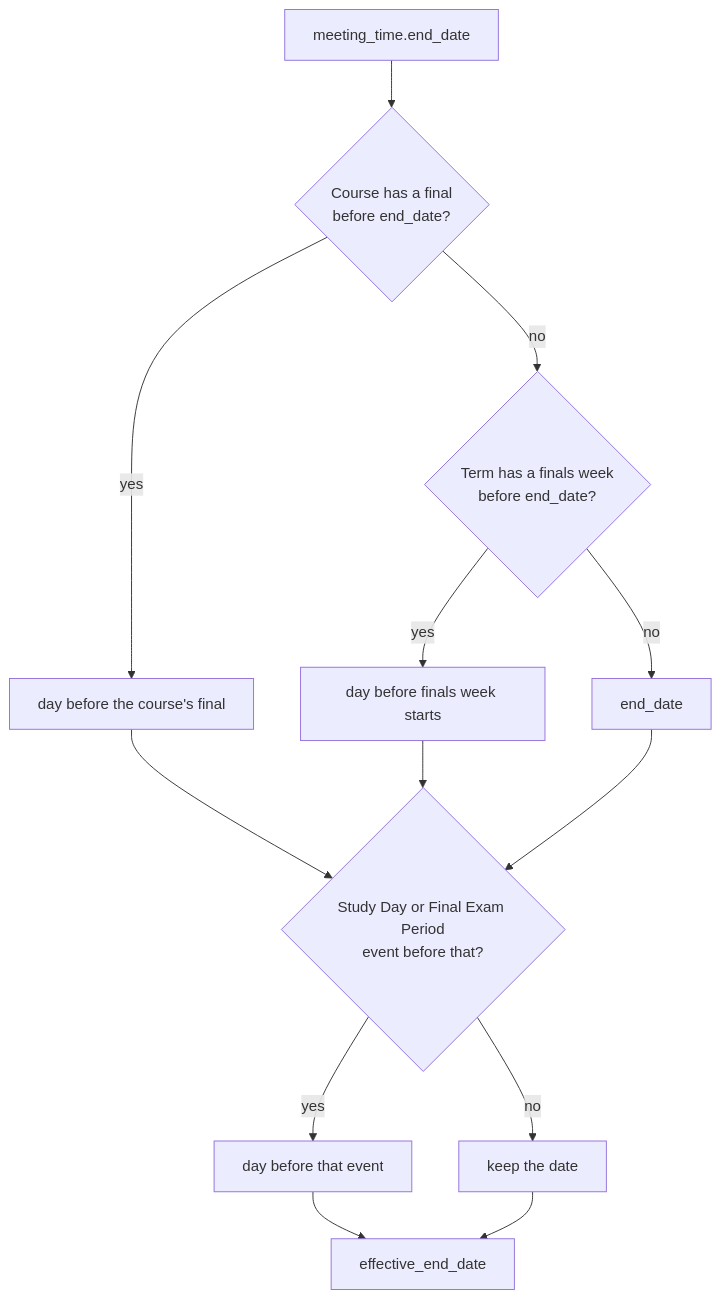
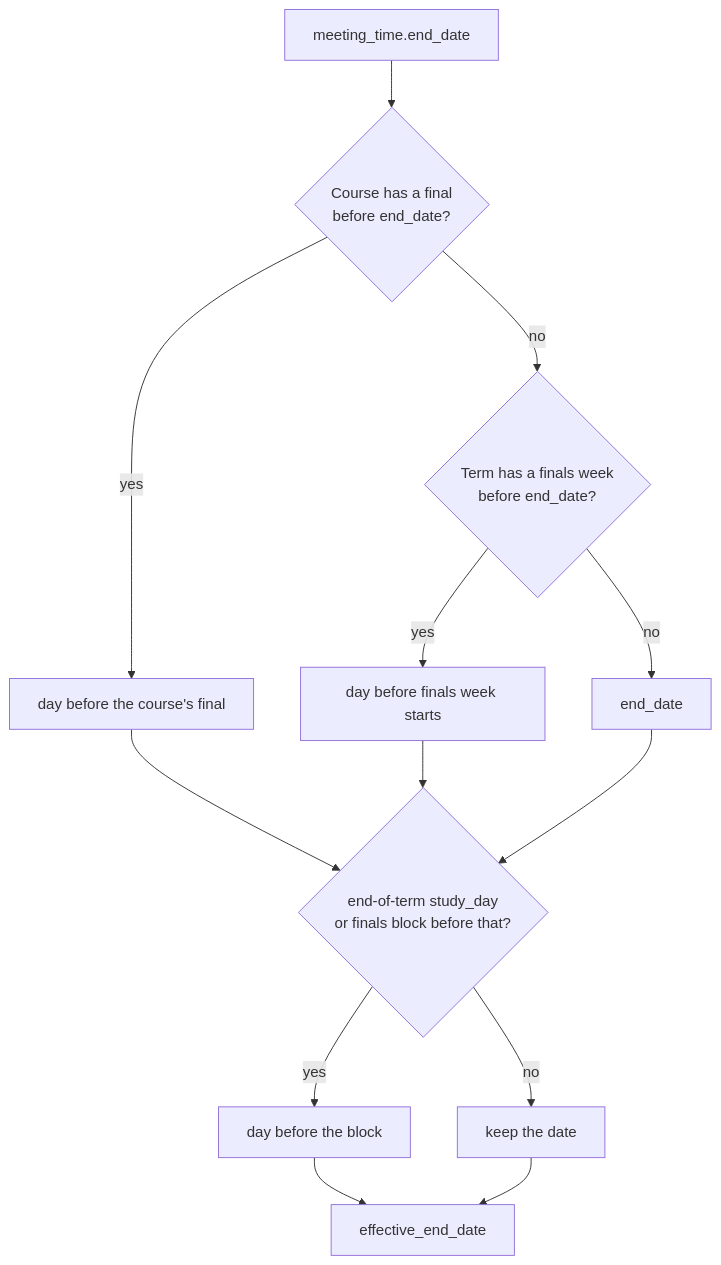
The diagram in docs/class-end-dates.md (WITCodingClub/calendar-backend), drawn with Mermaid before and after one commit. The commit also changed other lines of this file and 9 other files, not shown here.

First line of the commit message:
fix: end classes at the end-of-term finals block, whatever its titles (#1056)

````diff
--- a/docs/class-end-dates.md
+++ b/docs/class-end-dates.md
@@ -22,15 +24,15 @@
 ```mermaid
 flowchart TD
   A[meeting_time.end_date] --> B{Course has a final<br>before end_date?}
   B -- yes --> C[day before the course's final]
   B -- no --> D{Term has a finals week<br>before end_date?}
   D -- yes --> E[day before finals week starts]
   D -- no --> F[end_date]
-  C --> G{Study Day or Final Exam Period<br>event before that?}
+  C --> G{end-of-term study_day<br>or finals block before that?}
   E --> G
   F --> G
-  G -- yes --> H[day before that event]
+  G -- yes --> H[day before the block]
   G -- no --> I[keep the date]
   H --> J[effective_end_date]
   I --> J
 ```
````
